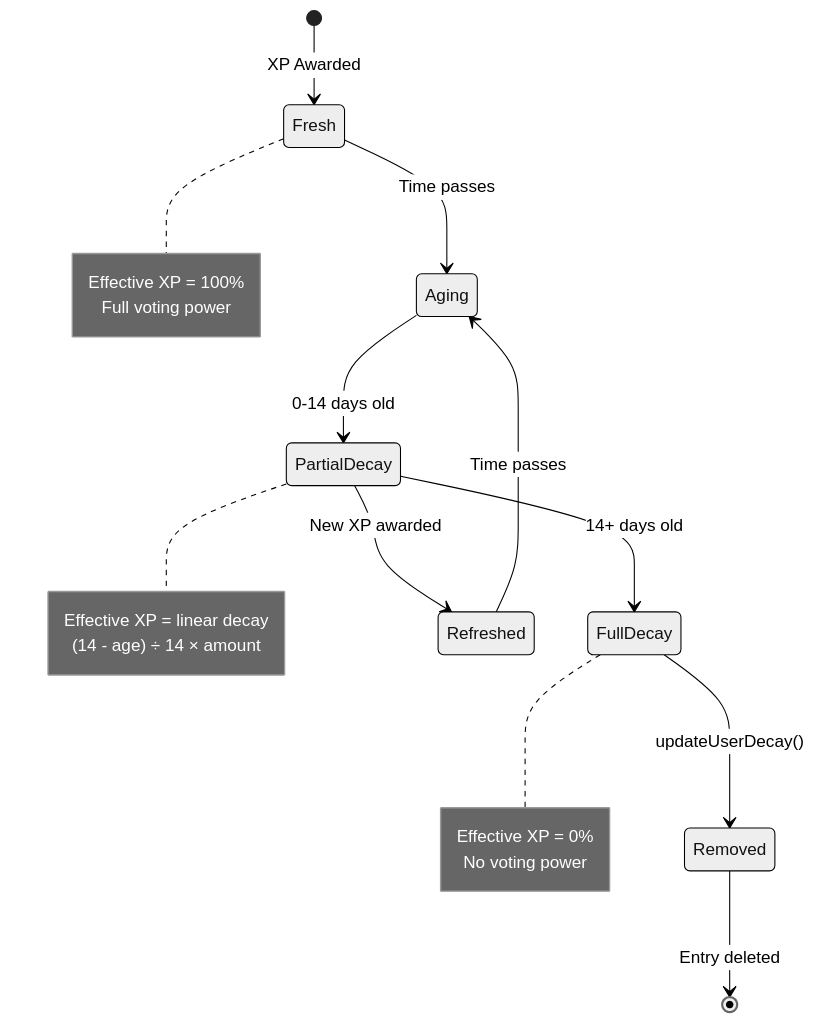
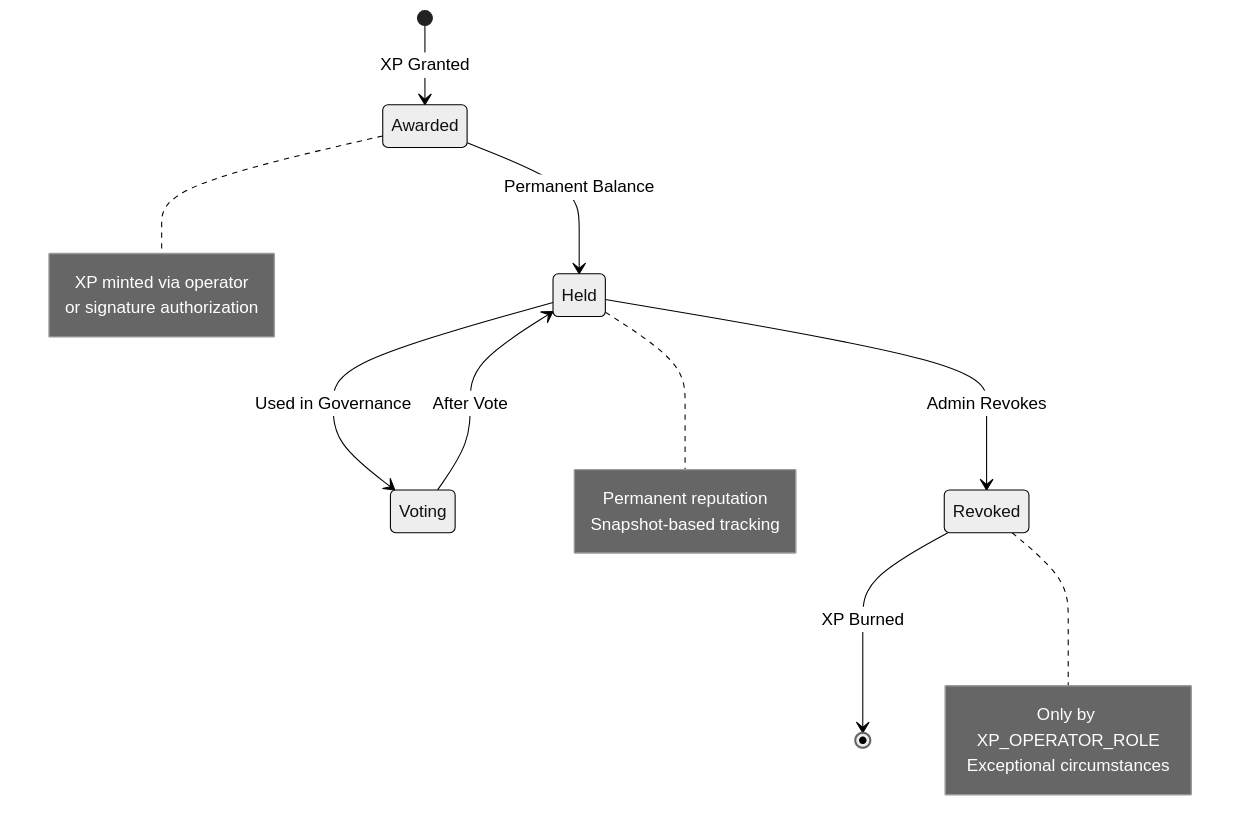
Before and after one commit to Elata-Biosciences/elata-protocol: the fourth of 22 diagrams in docs/ARCHITECTURE.md, drawn with Mermaid (neutral theme). The commit also changed other lines of this file and 10 other files, not shown here.

````diff
--- a/docs/ARCHITECTURE.md
+++ b/docs/ARCHITECTURE.md
@@ -161,26 +161,24 @@
 ```mermaid
 stateDiagram-v2
-    [*] --> Fresh: XP Awarded
-    Fresh --> Aging: Time passes
-    Aging --> PartialDecay: 0-14 days old
-    PartialDecay --> FullDecay: 14+ days old
-    PartialDecay --> Refreshed: New XP awarded
-    Refreshed --> Aging: Time passes
-    FullDecay --> Removed: updateUserDecay()
-    Removed --> [*]: Entry deleted
+    [*] --> Awarded: XP Granted
+    Awarded --> Held: Permanent Balance
+    Held --> Voting: Used in Governance
+    Held --> Revoked: Admin Revokes
+    Voting --> Held: After Vote
+    Revoked --> [*]: XP Burned
     
-    note right of Fresh
-        Effective XP = 100%
-        Full voting power
+    note right of Awarded
+        XP minted via operator
+        or signature authorization
     end note
     
-    note right of PartialDecay
-        Effective XP = linear decay
-        (14 - age) ÷ 14 × amount
+    note right of Held
+        Permanent reputation
+        Snapshot-based tracking
     end note
     
-    note right of FullDecay
-        Effective XP = 0%
-        No voting power
+    note right of Revoked
+        Only by XP_OPERATOR_ROLE
+        Exceptional circumstances
     end note
 ```
````
